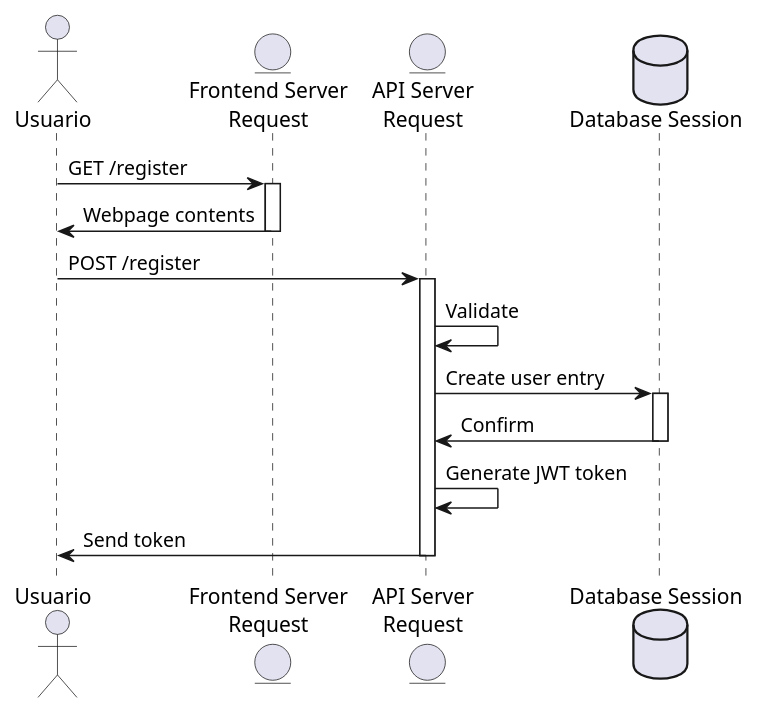
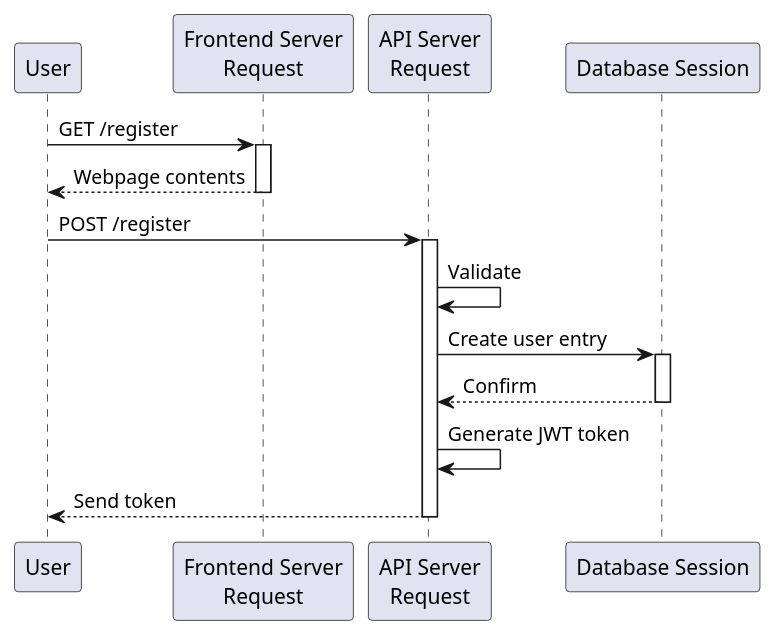
One commit to wuiquique/mycelium-local changed the diagram in uml/requirements/L001.wsd. Above: the diagram before and after it, drawn with PlantUML. The commit also changed 13 other files, not shown here.

Commit message:
Fix sequence diagrams + convert some others

```diff
--- a/uml/requirements/L001.wsd
+++ b/uml/requirements/L001.wsd
@@ -1,23 +1,23 @@
 @startuml sequence1
 
-actor "Usuario" as user
-entity "Frontend Server\nRequest" as fe
-entity "API Server\nRequest" as api
-database "Database Session" as db
+participant "User" as user
+participant "Frontend Server\nRequest" as fe
+participant "API Server\nRequest" as api
+participant "Database Session" as db
 
 user -> fe : GET /register
 activate fe
-fe -> user : Webpage contents
+user <-- fe : Webpage contents
 deactivate fe
 user -> api : POST /register
 activate api
 api -> api : Validate
 api -> db : Create user entry
 activate db
-db -> api : Confirm
+api <-- db : Confirm
 deactivate db
 api -> api : Generate JWT token
-api -> user : Send token
+user <-- api : Send token
 deactivate api
 
 @enduml
```
